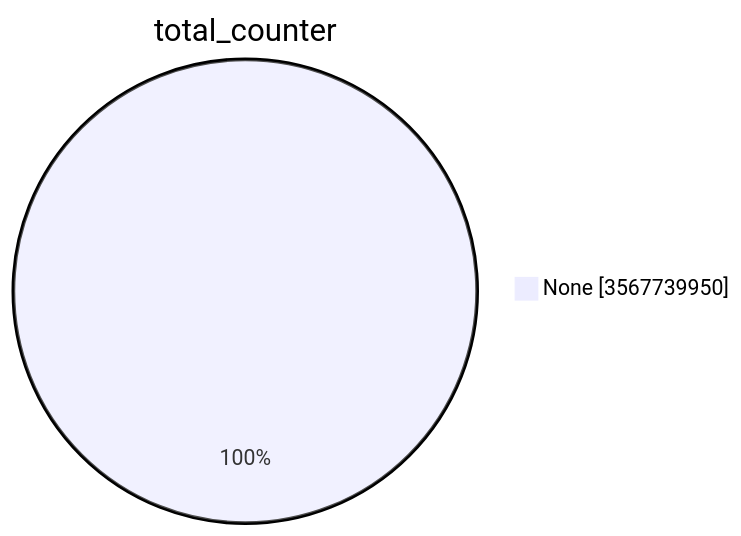
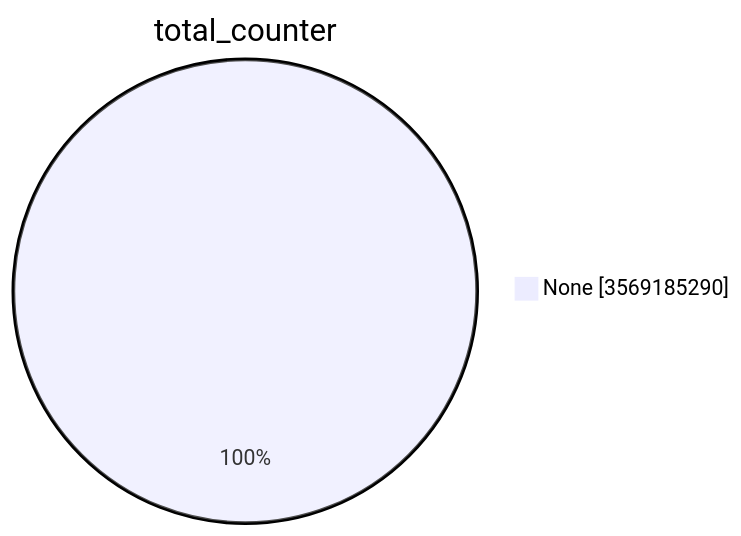
Before and after one commit to christiankrug/ctmonitor_visualization: the first of 15 diagrams in TOTAL/README.md, drawn with Mermaid. The commit also changed other lines of this file, not shown here.

````diff
--- a/TOTAL/README.md
+++ b/TOTAL/README.md
@@ -1,5 +1,5 @@
 ```mermaid
 pie showData
 title total_counter
-"None" :3567739950
+"None" :3569185290
 ```
````
